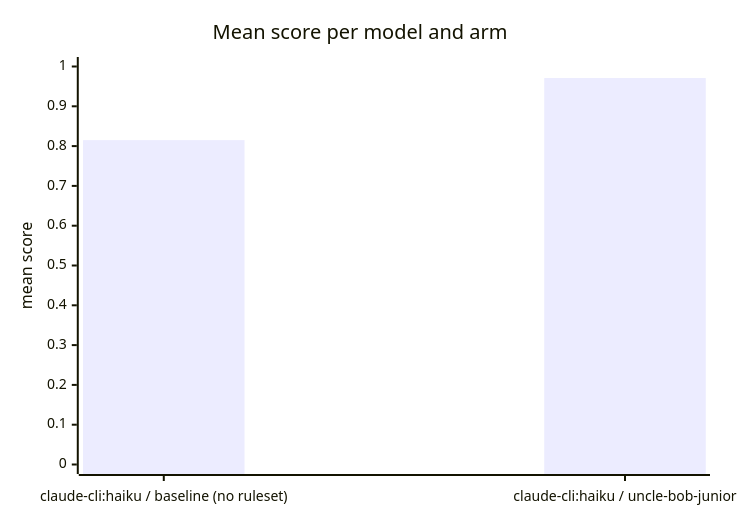
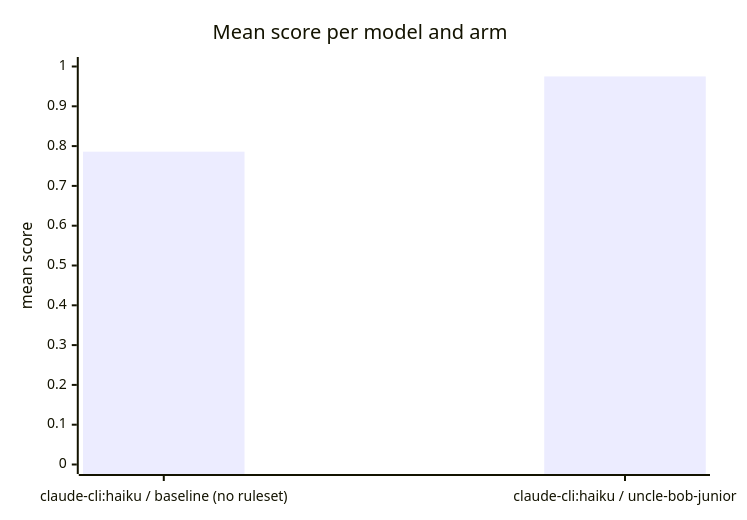
Before and after one commit to coenraadhuman/uncle-bob-junior: the diagram in benchmarks/results/eval-mpg-2026-08-30t19-54-33/report.md, drawn with Mermaid. The commit also changed other lines of this file and 733 other files, not shown here.

````diff
--- a/benchmarks/results/eval-mpg-2026-08-30t19-54-33/report.md
+++ b/benchmarks/results/eval-mpg-2026-08-30t19-54-33/report.md
@@ -123,7 +59,7 @@
 ```mermaid
 xychart-beta
     title "Mean score per model and arm"
     x-axis ["claude-cli:haiku / baseline (no ruleset)", "claude-cli:haiku / uncle-bob-junior"]
     y-axis "mean score" 0 --> 1
-    bar [0.815, 0.971]
+    bar [0.786, 0.975]
 ```
````
